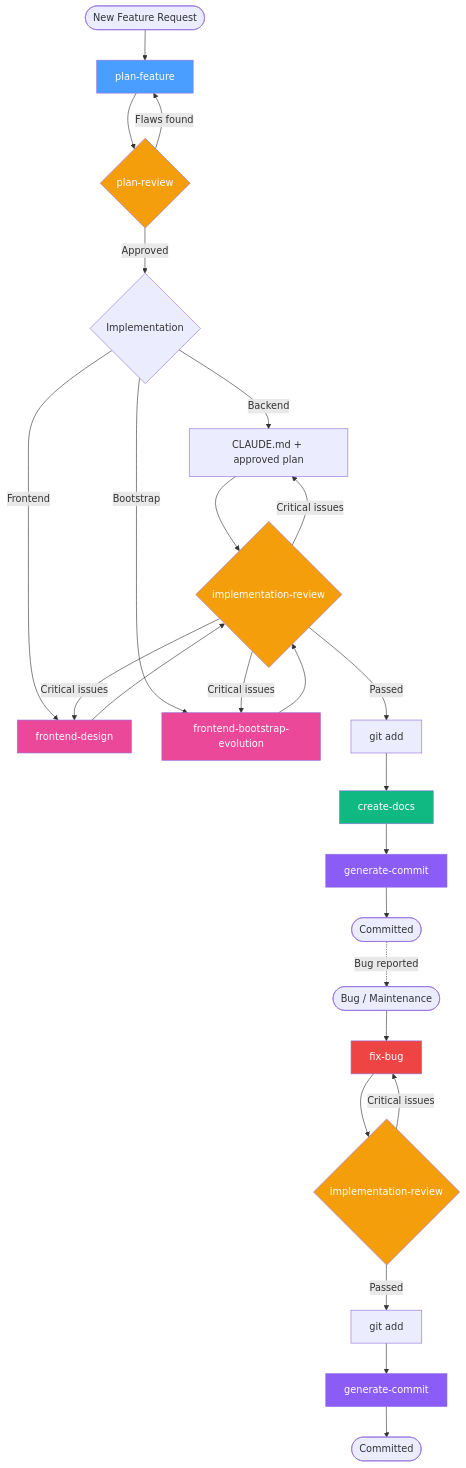
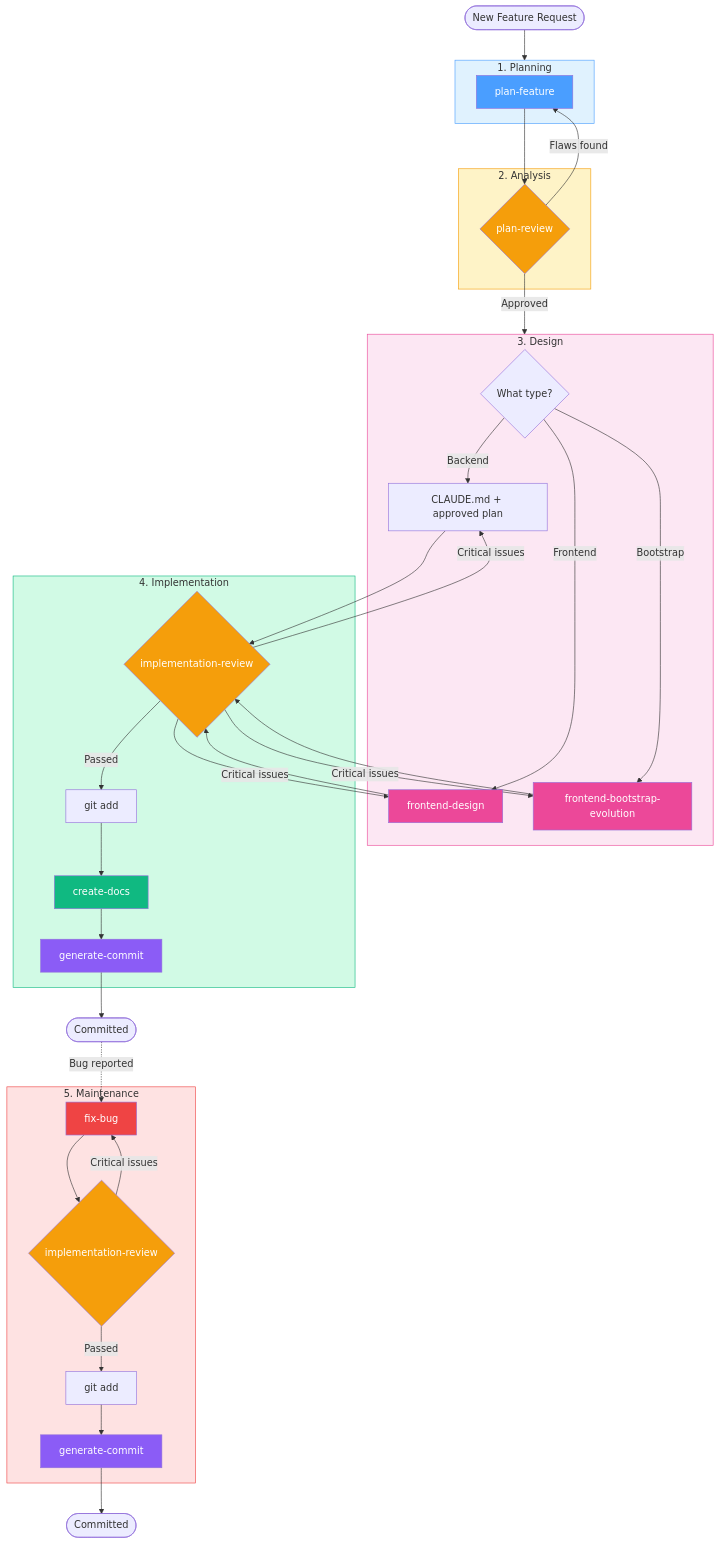
Before and after one commit to AmirinNS/coding-agent-skills: the diagram in README.md, drawn with Mermaid. The commit also changed other lines of this file and 1 other file, not shown here.

First line of the commit message:
docs: add CLAUDE template and update README setup

````diff
--- a/README.md
+++ b/README.md
@@ -25,43 +26,71 @@
 ```mermaid
 flowchart TD
-    Start([New Feature Request]) --> PF[plan-feature]
-    PF --> PR{plan-review}
+    Start([New Feature Request]) --> P
+
+    subgraph P[1. Planning]
+        PF[plan-feature]
+    end
+
+    subgraph A[2. Analysis]
+        PR{plan-review}
+    end
+
+    PF --> PR
     PR -->|Flaws found| PF
-    PR -->|Approved| Impl
+    PR -->|Approved| D
 
-    Impl{Implementation}
-    Impl -->|Backend| Code[CLAUDE.md + approved plan]
-    Impl -->|Frontend| FD[frontend-design]
-    Impl -->|Bootstrap| FBE[frontend-bootstrap-evolution]
-    Code --> IR{implementation-review}
+    subgraph D[3. Design]
+        Impl{What type?}
+        Impl -->|Backend| Code[CLAUDE.md + approved plan]
+        Impl -->|Frontend| FD[frontend-design]
+        Impl -->|Bootstrap| FBE[frontend-bootstrap-evolution]
+    end
+
+    subgraph I[4. Implementation]
+        IR{implementation-review}
+        Stage[git add]
+        CD[create-docs]
+        GC[generate-commit]
+        IR -->|Passed| Stage
+        Stage --> CD
+        CD --> GC
+    end
+
+    Code --> IR
     FD --> IR
     FBE --> IR
-
     IR -->|Critical issues| Code
     IR -->|Critical issues| FD
     IR -->|Critical issues| FBE
-    IR -->|Passed| Stage[git add]
-
-    Stage --> CD[create-docs]
-    CD --> GC[generate-commit]
     GC --> Done([Committed])
 
-    Done -.->|Bug reported| Bug([Bug / Maintenance])
-    Bug --> FB[fix-bug]
-    FB --> IR2{implementation-review}
-    IR2 -->|Critical issues| FB
-    IR2 -->|Passed| Stage2[git add]
-    Stage2 --> GC2[generate-commit]
+    subgraph M[5. Maintenance]
+        FB[fix-bug]
+        IR2{implementation-review}
+        Stage2[git add]
+        GC2[generate-commit]
+        FB --> IR2
+        IR2 -->|Critical issues| FB
+        IR2 -->|Passed| Stage2
+        Stage2 --> GC2
+    end
+
+    Done -.->|Bug reported| FB
     GC2 --> Fixed([Committed])
 
     style PF fill:#4a9eff,color:#fff
     style PR fill:#f59e0b,color:#fff
     style FD fill:#ec4899,color:#fff
     style FBE fill:#ec4899,color:#fff
     style IR fill:#f59e0b,color:#fff
     style CD fill:#10b981,color:#fff
     style GC fill:#8b5cf6,color:#fff
     style FB fill:#ef4444,color:#fff
     style IR2 fill:#f59e0b,color:#fff
     style GC2 fill:#8b5cf6,color:#fff
+    style P fill:#e0f2fe,stroke:#4a9eff
+    style A fill:#fef3c7,stroke:#f59e0b
+    style D fill:#fce7f3,stroke:#ec4899
+    style I fill:#d1fae5,stroke:#10b981
+    style M fill:#fee2e2,stroke:#ef4444
 ```
````
